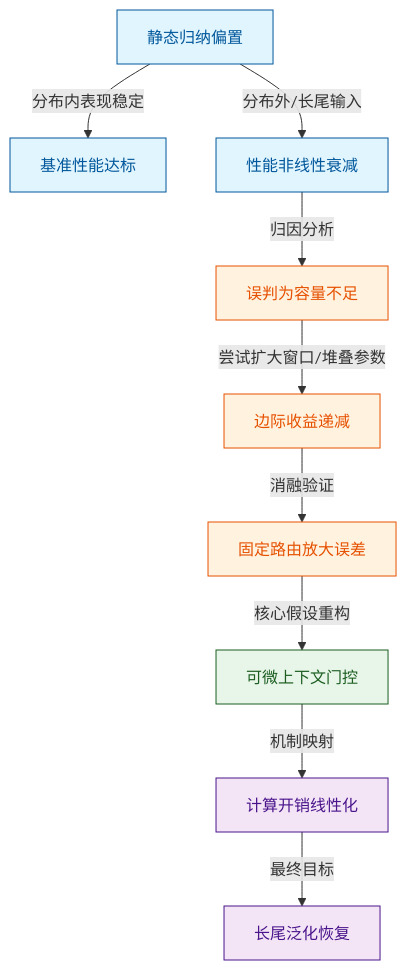
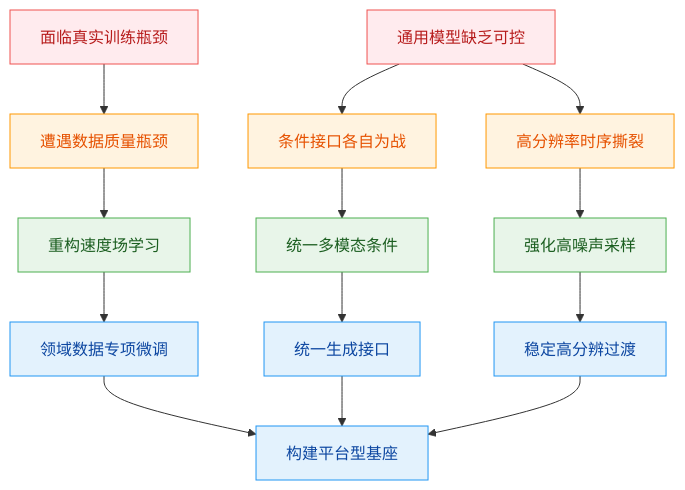
Before and after one commit to ShinewineW/paper-rolling: the first of 10 diagrams in person_vault/2026-06-12_WorldSimulationWithVideoFoundationModels_2511.00062/report.md, drawn with Mermaid. The commit also changed other lines of this file and 51 other files, not shown here.

````diff
--- a/person_vault/2026-06-12_WorldSimulationWithVideoFoundationModels_2511.00062/report.md
+++ b/person_vault/2026-06-12_WorldSimulationWithVideoFoundationModels_2511.00062/report.md
@@ -40,16 +51,20 @@
 ```mermaid
-flowchart TB
-    classDef obs fill:#e1f5fe,stroke:#01579b,color:#01579b;
-    classDef gap fill:#fff3e0,stroke:#e65100,color:#e65100;
-    classDef insight fill:#e8f5e9,stroke:#1b5e20,color:#1b5e20;
-    classDef design fill:#f3e5f5,stroke:#4a148c,color:#4a148c;
+flowchart TD
+    classDef pain fill:#ffebee,stroke:#ef5350,color:#b71c1c;
+    classDef gap fill:#fff3e0,stroke:#ff9800,color:#e65100;
+    classDef insight fill:#e8f5e9,stroke:#4caf50,color:#1b5e20;
+    classDef platform fill:#e3f2fd,stroke:#2196f3,color:#0d47a1;
 
-    static_prior["静态归纳偏置"]:::obs -->|分布内表现稳定| stable_perf["基准性能达标"]:::obs
-    static_prior -->|分布外/长尾输入| perf_drop["性能非线性衰减"]:::obs
-    perf_drop -->|归因分析| false_cause["误判为容量不足"]:::gap
-    false_cause -->|尝试扩大窗口/堆叠参数| marginal_gain["边际收益递减"]:::gap
-    marginal_gain -->|消融验证| error_amplify["固定路由放大误差"]:::gap
-    error_amplify -->|核心假设重构| dynamic_gate["可微上下文门控"]:::insight
-    dynamic_gate -->|机制映射| linear_cost["计算开销线性化"]:::design
-    linear_cost -->|最终目标| robust_generalization["长尾泛化恢复"]:::design
+    O1["面临真实训练瓶颈"]:::pain --> G1["遭遇数据质量瓶颈"]:::gap
+    O2["通用模型缺乏可控"]:::pain --> G2["条件接口各自为战"]:::gap
+    O2 --> G3["高分辨率时序撕裂"]:::gap
+    G1 --> I1["重构速度场学习"]:::insight
+    G2 --> I2["统一多模态条件"]:::insight
+    G3 --> I3["强化高噪声采样"]:::insight
+    I1 --> P1["领域数据专项微调"]:::platform
+    I2 --> P2["统一生成接口"]:::platform
+    I3 --> P3["稳定高分辨过渡"]:::platform
+    P1 --> OUT["构建平台型基座"]:::platform
+    P2 --> OUT
+    P3 --> OUT
 ```
````
